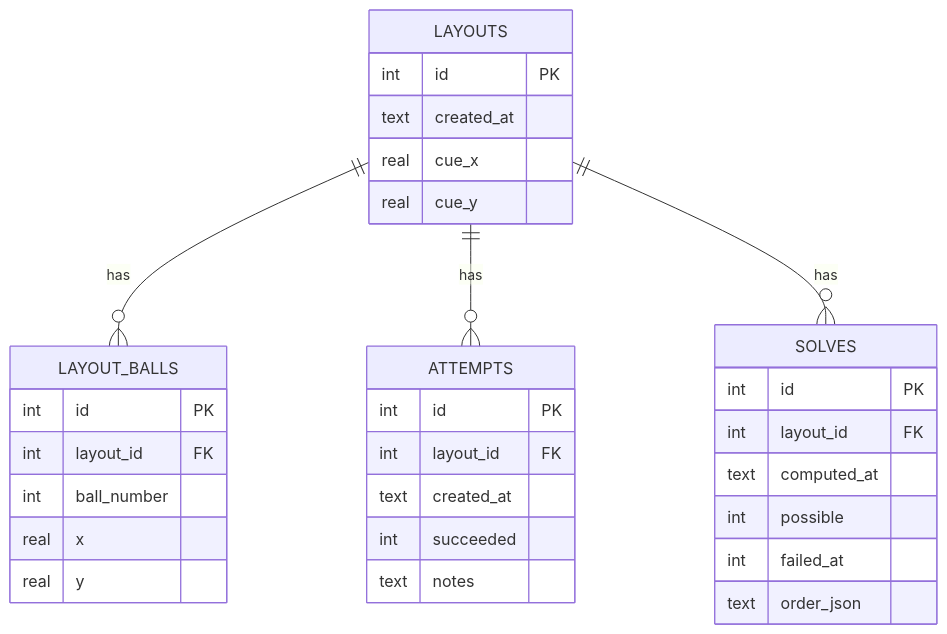
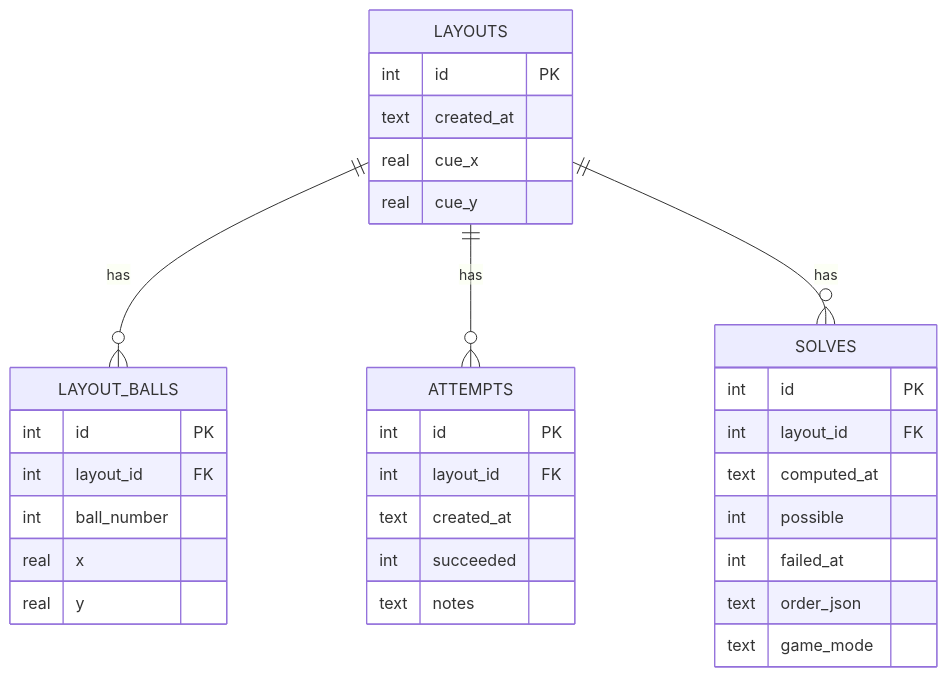
The second of 2 diagrams in docs/diagrams.md (Lauragr9/pool-runout-planner), drawn with Mermaid before and after one commit. The commit also changed 7 other files, not shown here.

First line of the commit message:
Tag each saved solve with the game mode it was computed under

````diff
--- a/docs/diagrams.md
+++ b/docs/diagrams.md
@@ -38,35 +38,36 @@
 ```mermaid
 erDiagram
     LAYOUTS ||--o{ LAYOUT_BALLS : has
     LAYOUTS ||--o{ ATTEMPTS : has
     LAYOUTS ||--o{ SOLVES : has
 
     LAYOUTS {
         int id PK
         text created_at
         real cue_x
         real cue_y
     }
     LAYOUT_BALLS {
         int id PK
         int layout_id FK
         int ball_number
         real x
         real y
     }
     ATTEMPTS {
         int id PK
         int layout_id FK
         text created_at
         int succeeded
         text notes
     }
     SOLVES {
         int id PK
         int layout_id FK
         text computed_at
         int possible
         int failed_at
         text order_json
+        text game_mode
     }
 ```
````
